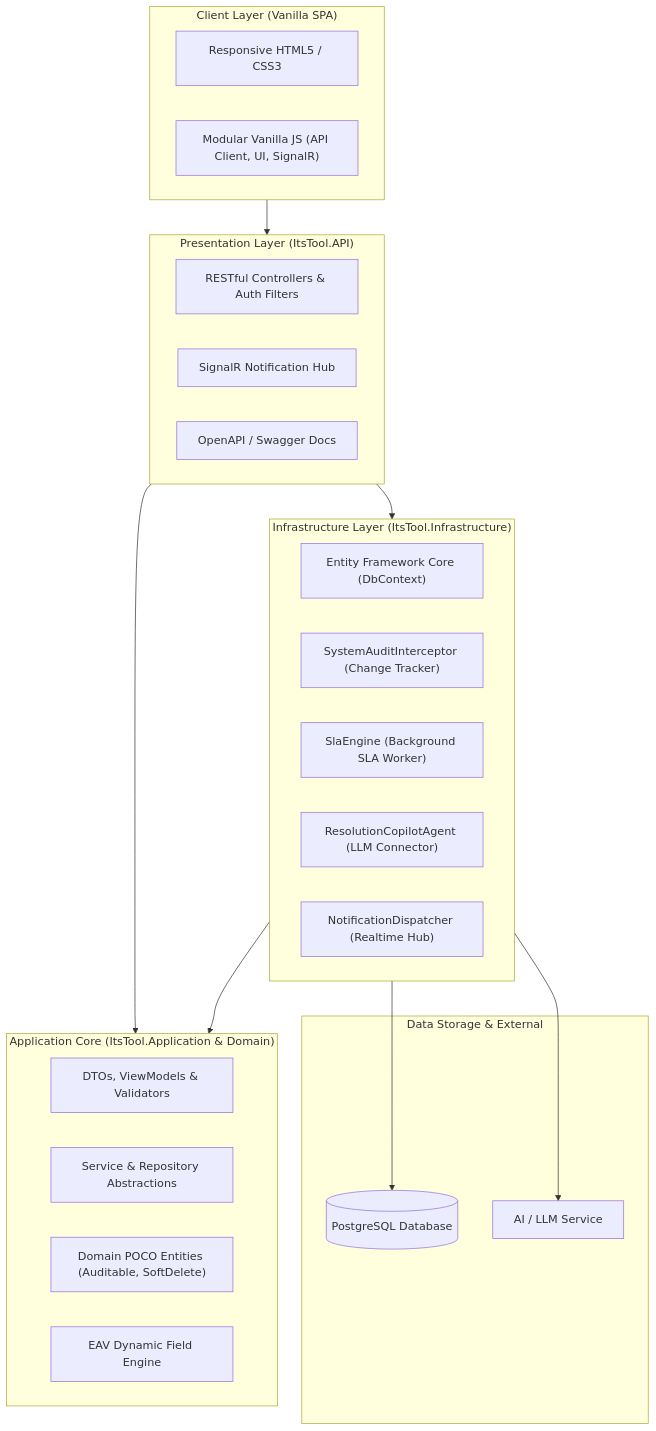
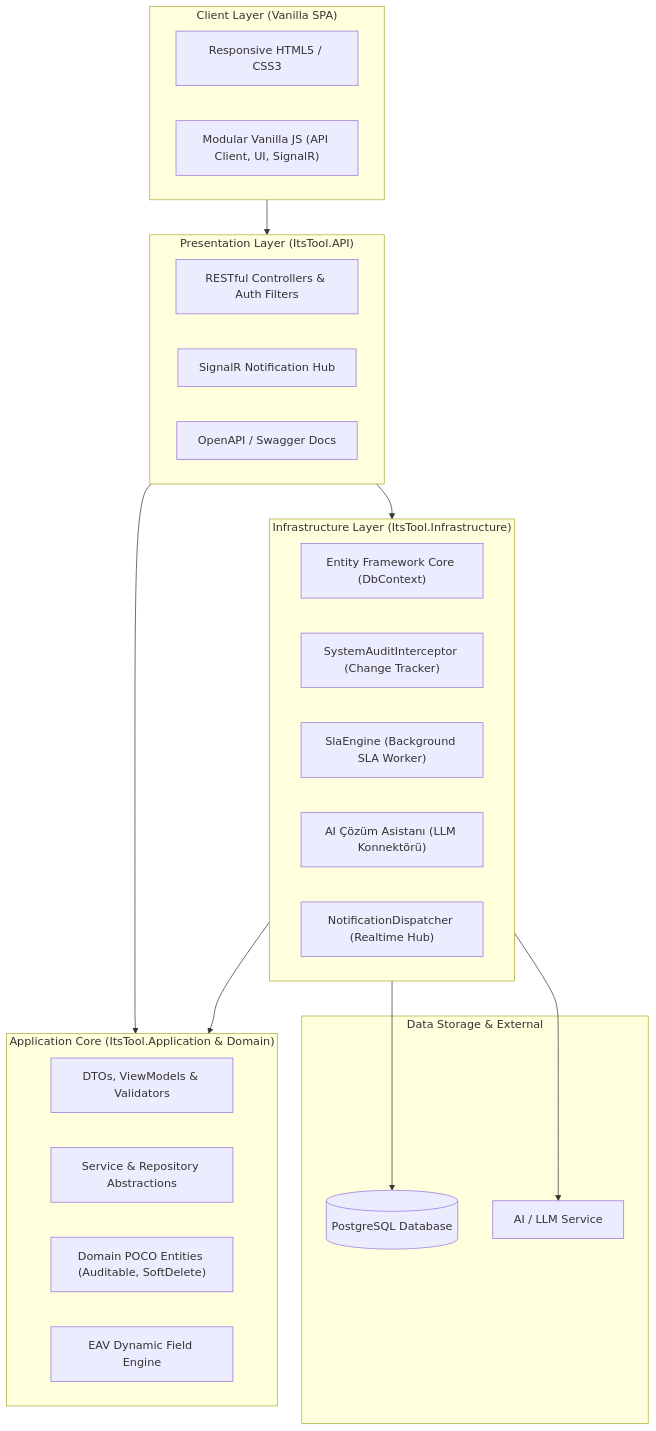
The first of 2 diagrams in README.md (Berkaybbayramoglu/dotnet-enterprise-itsm), drawn with Mermaid before and after one commit. The commit also changed other lines of this file, not shown here.

````diff
--- a/README.md
+++ b/README.md
@@ -82,40 +82,40 @@
 ```mermaid
 graph TD
     subgraph UI ["Client Layer (Vanilla SPA)"]
         HTML["Responsive HTML5 / CSS3"]
         JS["Modular Vanilla JS (API Client, UI, SignalR)"]
     end
 
     subgraph API ["Presentation Layer (ItsTool.API)"]
         Controllers["RESTful Controllers & Auth Filters"]
         Hubs["SignalR Notification Hub"]
         Swagger["OpenAPI / Swagger Docs"]
     end
 
     subgraph Core ["Application Core (ItsTool.Application & Domain)"]
         DTOs["DTOs, ViewModels & Validators"]
         Interfaces["Service & Repository Abstractions"]
         Entities["Domain POCO Entities (Auditable, SoftDelete)"]
         EAV["EAV Dynamic Field Engine"]
     end
 
     subgraph Infra ["Infrastructure Layer (ItsTool.Infrastructure)"]
         EF["Entity Framework Core (DbContext)"]
         Audit["SystemAuditInterceptor (Change Tracker)"]
         SlaEngine["SlaEngine (Background SLA Worker)"]
-        AiCopilot["ResolutionCopilotAgent (LLM Connector)"]
+        AiCopilot["AI Çözüm Asistanı (LLM Konnektörü)"]
         SignalR["NotificationDispatcher (Realtime Hub)"]
     end
 
     subgraph Data ["Data Storage & External"]
         PG[("PostgreSQL Database")]
         LLM["AI / LLM Service"]
     end
 
     UI --> API
     API --> Core
     API --> Infra
     Infra --> Core
     Infra --> PG
     Infra --> LLM
 ```
````
